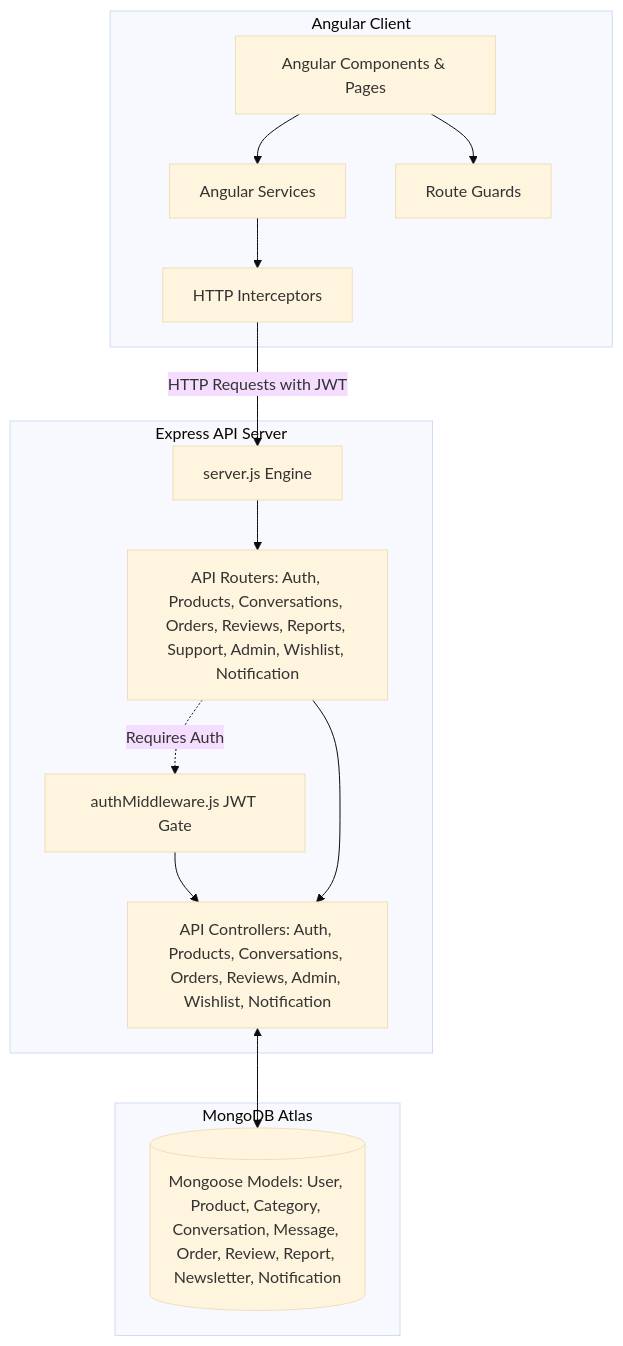
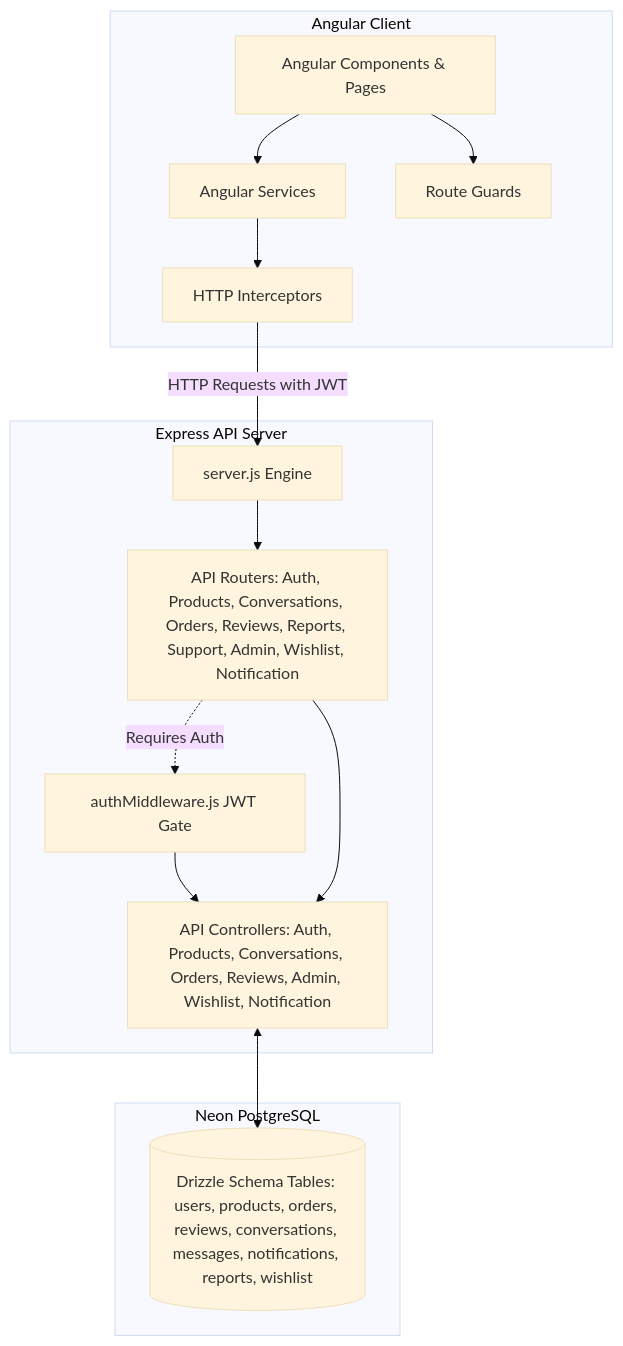
Before and after one commit to aya-ashraf94/graduation-project-depi: the diagram in README.md, drawn with Mermaid (base theme). The commit also changed other lines of this file and 12 other files, not shown here.

````diff
--- a/README.md
+++ b/README.md
@@ -23,31 +22,31 @@
 ```mermaid
 flowchart TD
     subgraph Frontend [Angular Client]
         Pages[Angular Components & Pages]
         Services[Angular Services]
         Guards[Route Guards]
         Interceptors[HTTP Interceptors]
         Pages --> Services
         Pages --> Guards
         Services --> Interceptors
     end
 
     subgraph Backend [Express API Server]
         Server[server.js Engine]
         AuthMiddleware[authMiddleware.js JWT Gate]
         Routes[API Routers: Auth, Products, Conversations, Orders, Reviews, Reports, Support, Admin, Wishlist, Notification]
         Controllers[API Controllers: Auth, Products, Conversations, Orders, Reviews, Admin, Wishlist, Notification]
 
         Server --> Routes
         Routes -.->|Requires Auth| AuthMiddleware
         AuthMiddleware --> Controllers
         Routes --> Controllers
     end
 
-    subgraph Database [MongoDB Atlas]
-        DBModels[(Mongoose Models: User, Product, Category, Conversation, Message, Order, Review, Report, Newsletter, Notification)]
+    subgraph Database [Neon PostgreSQL]
+        DBModels[(Drizzle Schema Tables: users, products, orders, reviews, conversations, messages, notifications, reports, wishlist)]
     end
 
     Interceptors -->|HTTP Requests with JWT| Server
     Controllers <--> DBModels
 ```
````
